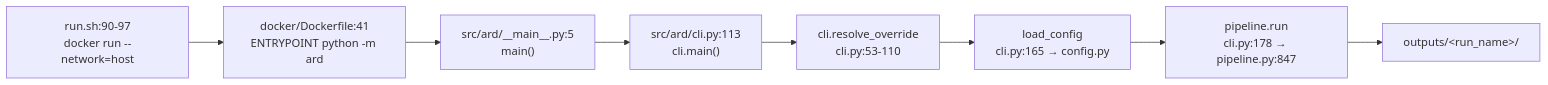
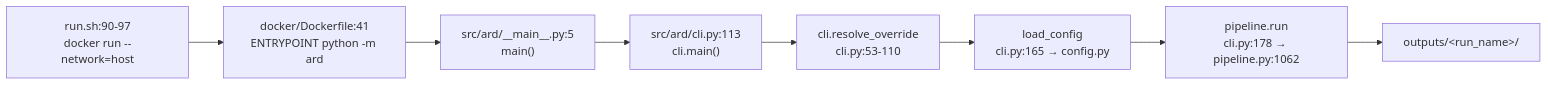
One commit to godthrone/anchor-replay-distillation changed the third of 5 diagrams in docs/architecture.md. Above: the diagram before and after it, drawn with Mermaid. The commit also changed other lines of this file and 2 other files, not shown here.

First line of the commit message:
docs: say which artifact declares a run and how to audit a partial one

````diff
--- a/docs/architecture.md
+++ b/docs/architecture.md
@@ -102,10 +103,10 @@
 ```mermaid
 flowchart LR
     R["run.sh:90-97<br/>docker run --network=host"] --> D["docker/Dockerfile:41<br/>ENTRYPOINT python -m ard"]
     D --> M["src/ard/__main__.py:5<br/>main()"]
     M --> C["src/ard/cli.py:113<br/>cli.main()"]
     C --> O["cli.resolve_override<br/>cli.py:53-110"]
     O --> L["load_config<br/>cli.py:165 → config.py"]
-    L --> P["pipeline.run<br/>cli.py:178 → pipeline.py:847"]
+    L --> P["pipeline.run<br/>cli.py:178 → pipeline.py:1062"]
     P --> Out["outputs/&lt;run_name&gt;/"]
 ```
````
